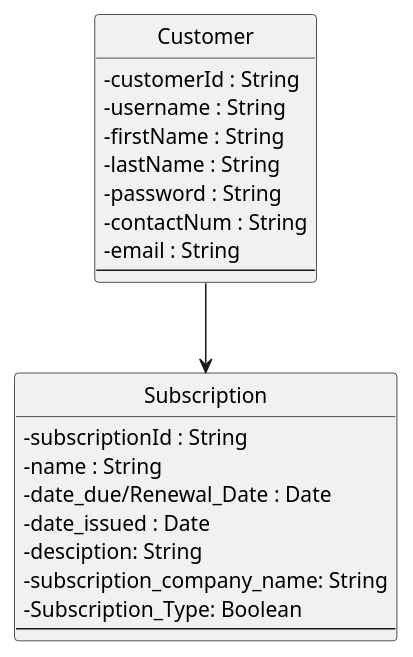
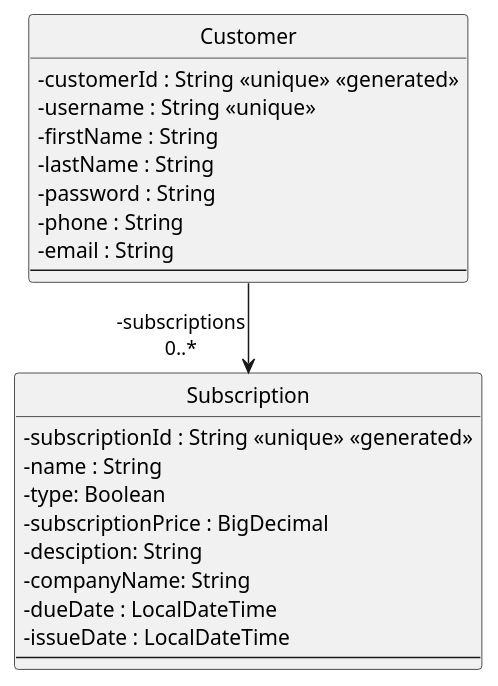
The diagram in diagrams/domainClassDiagram.puml (62firelight/SubTrack), drawn with PlantUML before and after one commit.

Commit message:
Added a few details and reformatted data fields

```diff
--- a/diagrams/domainClassDiagram.puml
+++ b/diagrams/domainClassDiagram.puml
@@ -1,54 +1,53 @@
 @startuml
 
 skinparam {
     Style strictuml
     RoundCorner 5
     ' use characters instead of icons for showing visibility
     ClassAttributeIconSize 0
     Database {
 	' the default border no longer matches the normal colours (bug?), so fix this
 	BorderColor #A80036
     }
     Sequence {
 	' make activations yellow too
 	LifeLineBackgroundColor #FDFDCD
 
 	' make stereotypes less ugly
 	Stereotype {
 		Font {
 			Size 11
 			Style plain
 		}
 	}
     }
 }
  
 class "Customer" as customer {
-    -customerId : String
-    -username : String
+    -customerId : String <<unique>> <<generated>>
+    -username : String <<unique>>
     -firstName : String
     -lastName : String
     -password : String
-    -contactNum : String
+    -phone : String
     -email : String
     '-card_details? 
   --
 }
 
 class "Subscription" as sub {
-    -subscriptionId : String
+    -subscriptionId : String <<unique>> <<generated>>
     -name : String
-    -date_due/Renewal_Date : Date
-    -date_issued : Date
+    -type: Boolean
+    -subscriptionPrice : BigDecimal
     -desciption: String
-    -subscription_company_name: String
-    -Subscription_Type: Boolean
+    -companyName: String
+    -dueDate : LocalDateTime
+    -issueDate : LocalDateTime
   --
 }
- 
 
-
-customer -down-> sub
+customer --> "-subscriptions\n0..*" sub
 
 
 @enduml
```
